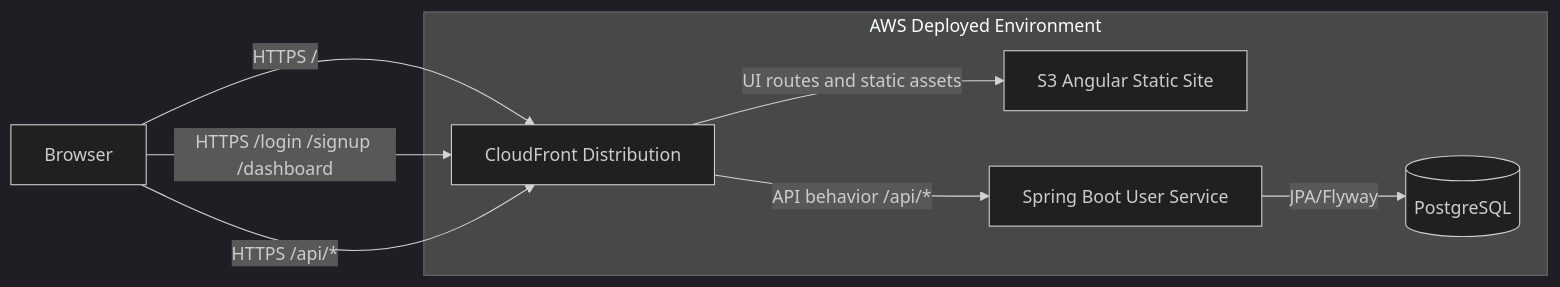
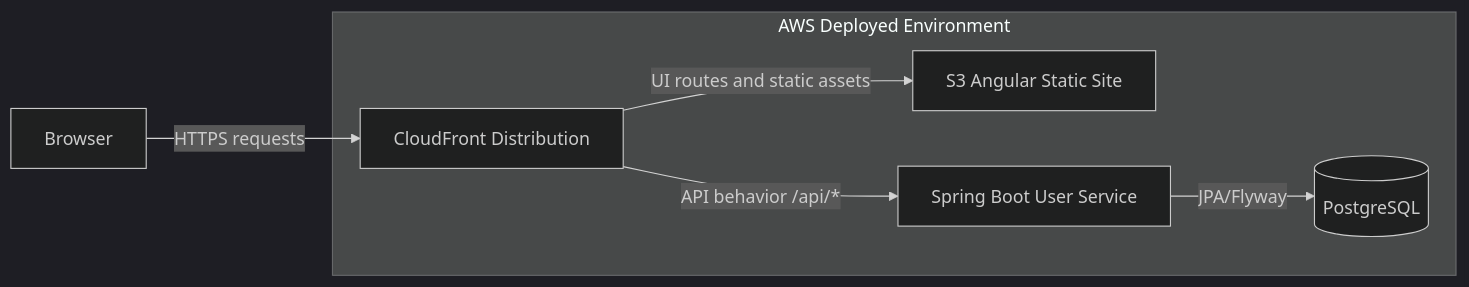
The diagram in docs/architecture/c4/container-view.md (radhikari89/codex-demo), drawn with Mermaid (dark theme) before and after one commit. The commit also changed other lines of this file and 40 other files, not shown here.

````diff
--- a/docs/architecture/c4/container-view.md
+++ b/docs/architecture/c4/container-view.md
@@ -5,19 +5,17 @@
 ```mermaid
 flowchart LR
   browser[Browser]
 
   subgraph aws[AWS Deployed Environment]
     cloudfront[CloudFront Distribution]
     s3[S3 Angular Static Site]
     userservice[Spring Boot User Service]
     postgres[(PostgreSQL)]
   end
 
-  browser -->|HTTPS /| cloudfront
-  browser -->|HTTPS /login /signup /dashboard| cloudfront
-  browser -->|HTTPS /api/*| cloudfront
+  browser -->|HTTPS requests| cloudfront
 
   cloudfront -->|UI routes and static assets| s3
   cloudfront -->|API behavior /api/*| userservice
   userservice -->|JPA/Flyway| postgres
 ```
````
